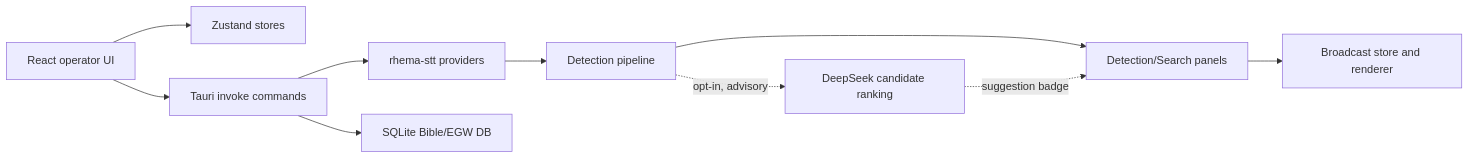
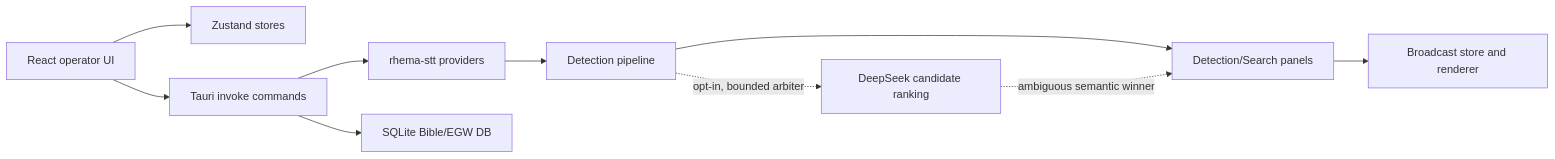
Before and after one commit to BongaNdlovu/SabbathCue: the diagram in docs/CODEBASE.md, drawn with Mermaid. The commit also changed other lines of this file and 20 other files, not shown here.

````diff
--- a/docs/CODEBASE.md
+++ b/docs/CODEBASE.md
@@ -36,12 +36,12 @@
 ```mermaid
 flowchart LR
     React[React operator UI] --> Stores[Zustand stores]
     React --> Tauri[Tauri invoke commands]
     Tauri --> STT[rhema-stt providers]
     Tauri --> DB[SQLite Bible/EGW DB]
     STT --> Detection[Detection pipeline]
     Detection --> Panels[Detection/Search panels]
-    Detection -. opt-in, advisory .-> Rank[DeepSeek candidate ranking]
-    Rank -. suggestion badge .-> Panels
+    Detection -. opt-in, bounded arbiter .-> Rank[DeepSeek candidate ranking]
+    Rank -. ambiguous semantic winner .-> Panels
     Panels --> Broadcast[Broadcast store and renderer]
 ```
````
